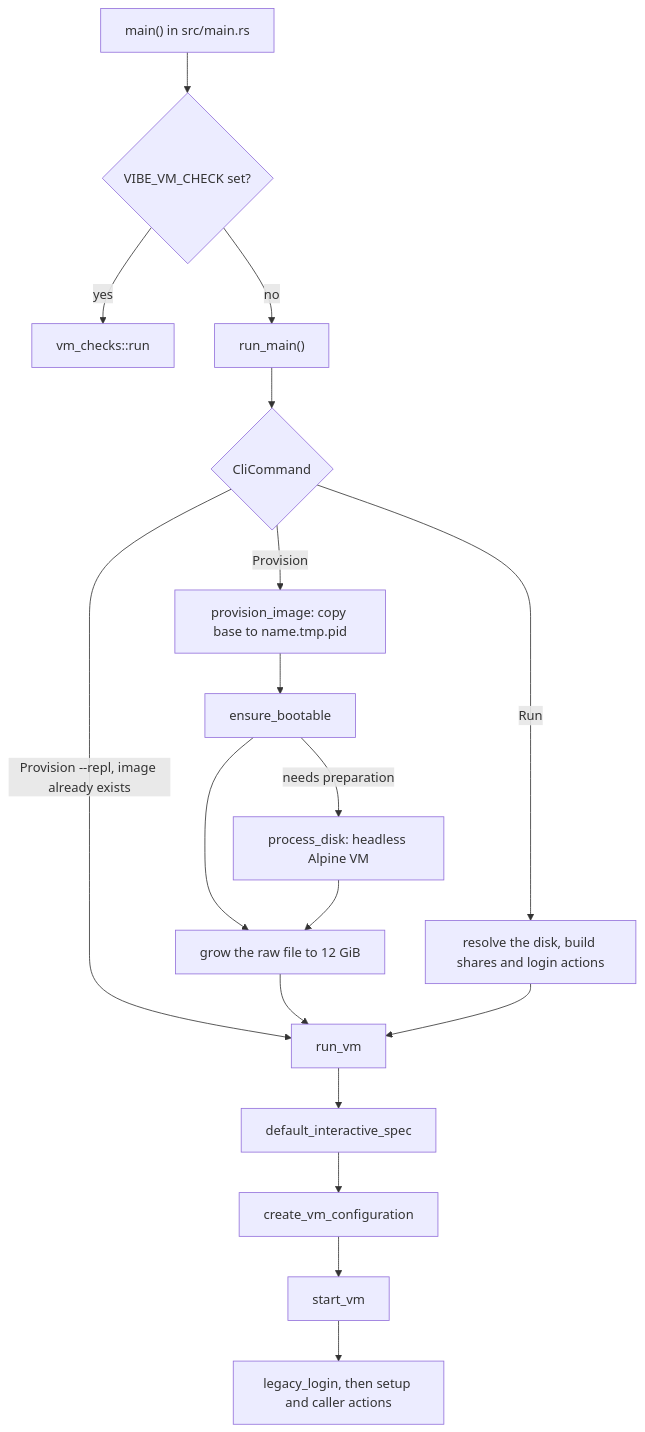
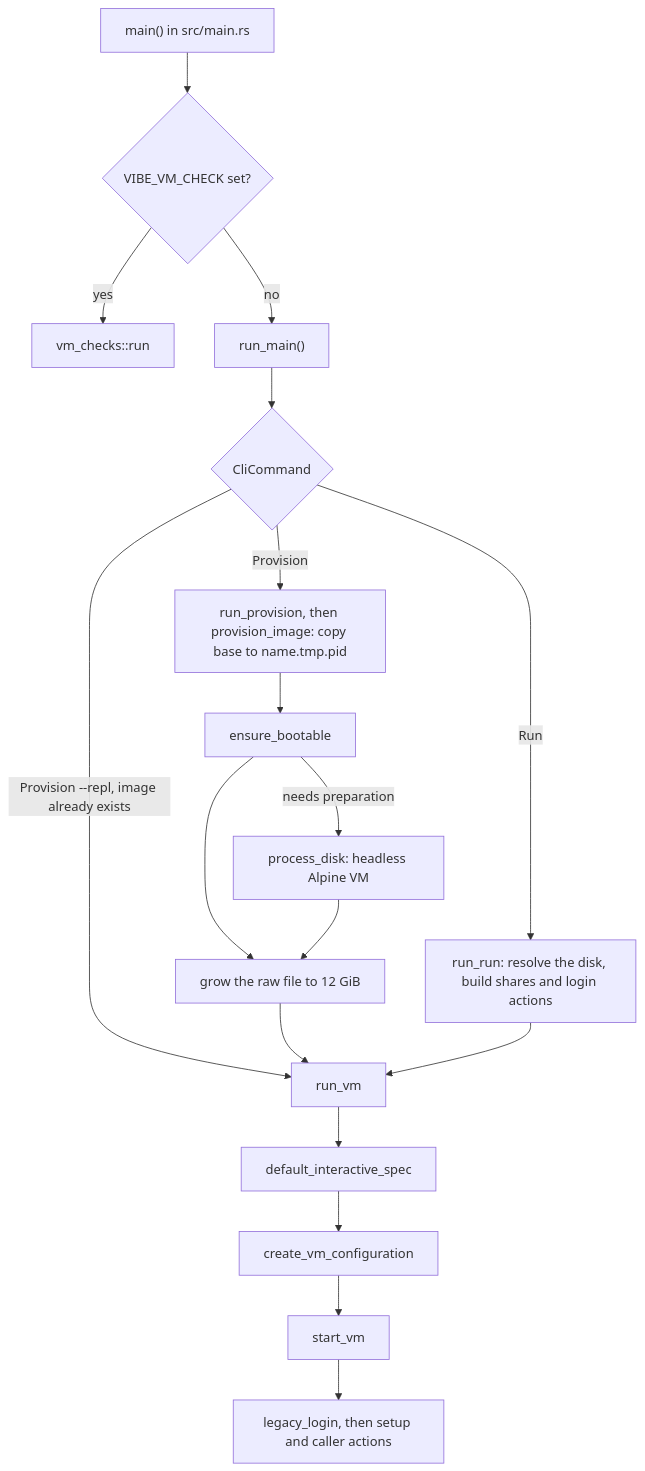
The diagram in docs/how-vm-boot.md (hangxingliu/vibe), drawn with Mermaid before and after one commit. The commit also changed other lines of this file and 45 other files, not shown here.

````diff
--- a/docs/how-vm-boot.md
+++ b/docs/how-vm-boot.md
@@ -7,20 +7,20 @@
 ```mermaid
 flowchart TD
   main["main() in src/main.rs"] --> check{"VIBE_VM_CHECK set?"}
   check -->|yes| checks["vm_checks::run"]
   check -->|no| runmain["run_main()"]
   runmain --> cmd{"CliCommand"}
-  cmd -->|Run| disk["resolve the disk, build shares and login actions"]
+  cmd -->|Run| disk["run_run: resolve the disk, build shares and login actions"]
   cmd -->|"Provision --repl, image already exists"| runvm
-  cmd -->|Provision| copy["provision_image: copy base to name.tmp.pid"]
+  cmd -->|Provision| copy["run_provision, then provision_image: copy base to name.tmp.pid"]
   copy --> prep["ensure_bootable"]
   prep --> grow["grow the raw file to 12 GiB"]
   grow --> runvm["run_vm"]
   disk --> runvm
   runvm --> spec["default_interactive_spec"]
   spec --> cfg["create_vm_configuration"]
   cfg --> start["start_vm"]
   start --> login["legacy_login, then setup and caller actions"]
   prep -->|needs preparation| alpine["process_disk: headless Alpine VM"]
   alpine --> grow
 ```
````
